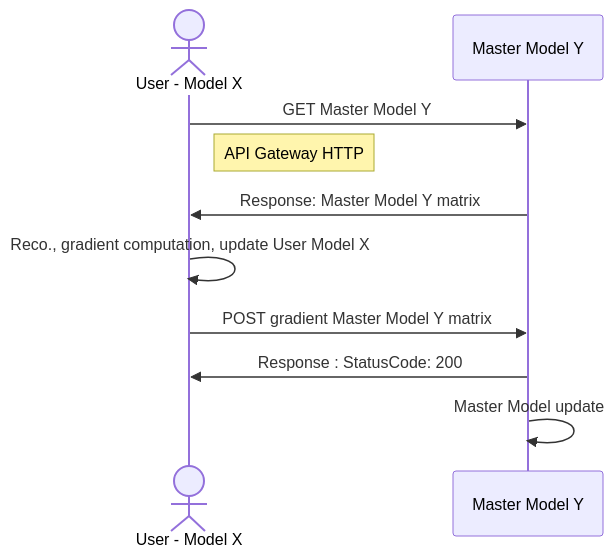
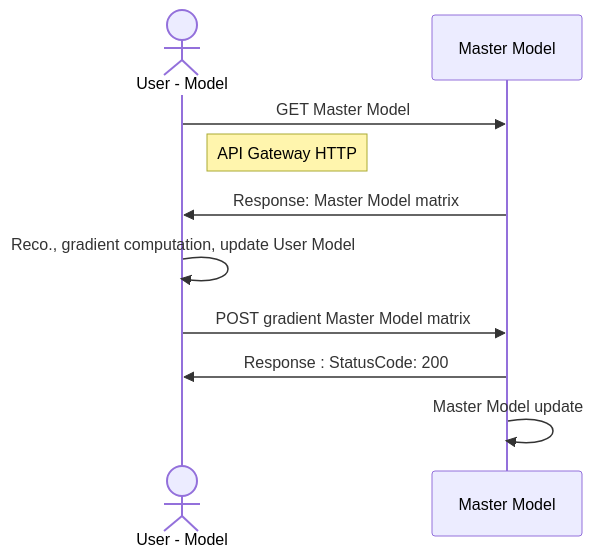
Before and after one commit to AdrKacz/super-duper-guacamole: the second of 2 diagrams in recommender-system/README.md, drawn with Mermaid. The commit also changed other lines of this file, not shown here.

Commit message:
Deletion of Y and X for the presentation

````diff
--- a/recommender-system/README.md
+++ b/recommender-system/README.md
@@ -135,12 +135,12 @@
 ```mermaid
 sequenceDiagram
-      actor User as User - Model X
-      participant Model as Master Model Y
-      User ->> Model: GET Master Model Y
+      actor User as User - Model
+      participant Model as Master Model
+      User ->> Model: GET Master Model
       Note right of User: API Gateway HTTP
-      Model ->> User: Response: Master Model Y matrix
-      User ->> User: Reco., gradient computation, update User Model X
-      User ->> Model: POST gradient Master Model Y matrix
+      Model ->> User: Response: Master Model matrix
+      User ->> User: Reco., gradient computation, update User Model
+      User ->> Model: POST gradient Master Model matrix
       Model ->> User: Response : StatusCode: 200
       Model ->> Model: Master Model update
 ```
````
